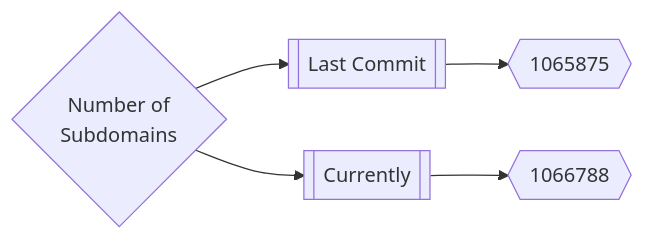
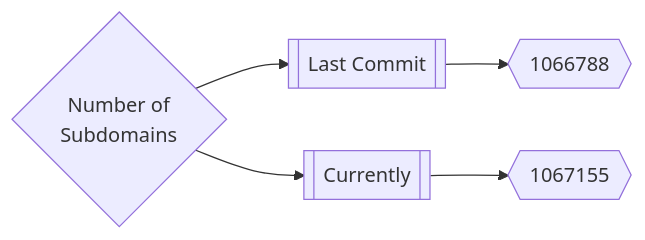
One commit to trickest/inventory changed the first of 3 diagrams in README.md. Above: the diagram before and after it, drawn with Mermaid. The commit also changed other lines of this file, not shown here.

Commit message:
Update Tue Mar 29 11:55:40 UTC 2022

````diff
--- a/README.md
+++ b/README.md
@@ -165,5 +165,5 @@
 ```mermaid
 graph LR
-title{Number of<br>Subdomains} --> subdomainsDate1[[Last Commit]] --> subdomainsNum1{{1065875}}
-title --> subdomainsDate2[[Currently]] --> subdomainsNum2{{1066788}}
+title{Number of<br>Subdomains} --> subdomainsDate1[[Last Commit]] --> subdomainsNum1{{1066788}}
+title --> subdomainsDate2[[Currently]] --> subdomainsNum2{{1067155}}
 ```
````
